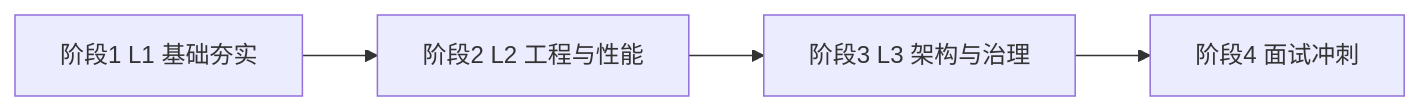
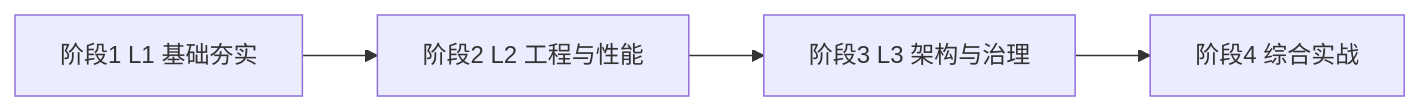
Before and after one commit to ZhcChen/Java-Summary: the diagram in docs/01-按学习顺序索引.md, drawn with Mermaid. The commit also changed other lines of this file and 9 other files, not shown here.

````diff
--- a/docs/01-按学习顺序索引.md
+++ b/docs/01-按学习顺序索引.md
@@ -9,6 +9,6 @@
 ```mermaid
 flowchart LR
     A[阶段1 L1 基础夯实] --> B[阶段2 L2 工程与性能]
     B --> C[阶段3 L3 架构与治理]
-    C --> D[阶段4 面试冲刺]
+    C --> D[阶段4 综合实战]
 ```
````
